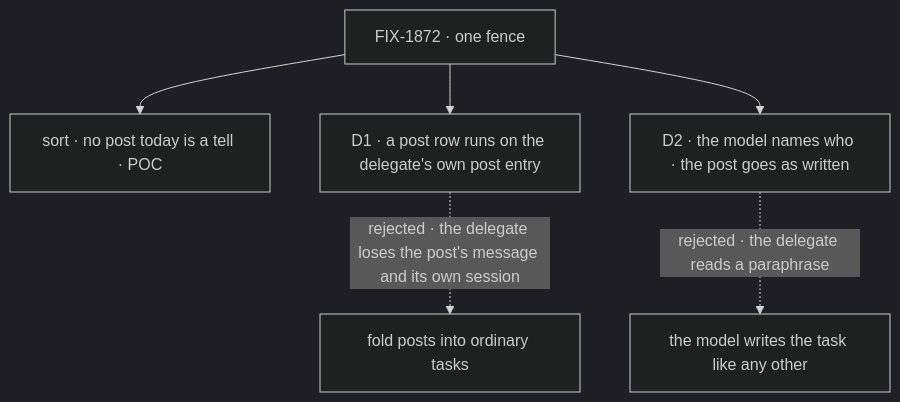
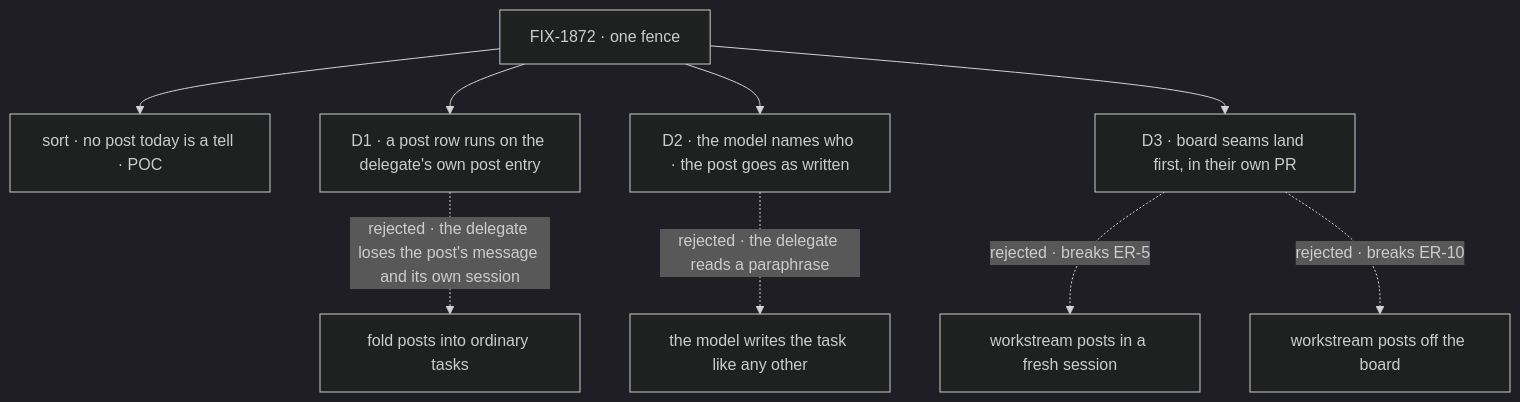
One commit to fixpoint-labs/flow-state-dev changed the diagram in specs/issues/FIX-1872/DECISIONS.md. Above: the diagram before and after it, drawn with Mermaid (dark theme). The commit also changed other lines of this file and 4 other files, not shown here.

First line of the commit message:
spec(FIX-1872): amend — board seams as a prerequisite PR (owner option A)

````diff
--- a/specs/issues/FIX-1872/DECISIONS.md
+++ b/specs/issues/FIX-1872/DECISIONS.md
@@ -12,8 +13,11 @@
 ```mermaid
 flowchart TD
   I["FIX-1872 · one fence"] --> S["sort · no post today is a tell · POC"]
   I --> D1["D1 · a post row runs on the delegate's own post entry"]
   D1 -.->|"rejected · the delegate loses the post's message and its own session"| X1["fold posts into ordinary tasks"]
   I --> D2["D2 · the model names who · the post goes as written"]
   D2 -.->|"rejected · the delegate reads a paraphrase"| X2["the model writes the task like any other"]
+  I --> D3["D3 · board seams land first, in their own PR"]
+  D3 -.->|"rejected · breaks ER-5"| X3["workstream posts in a fresh session"]
+  D3 -.->|"rejected · breaks ER-10"| X4["workstream posts off the board"]
 ```
````
